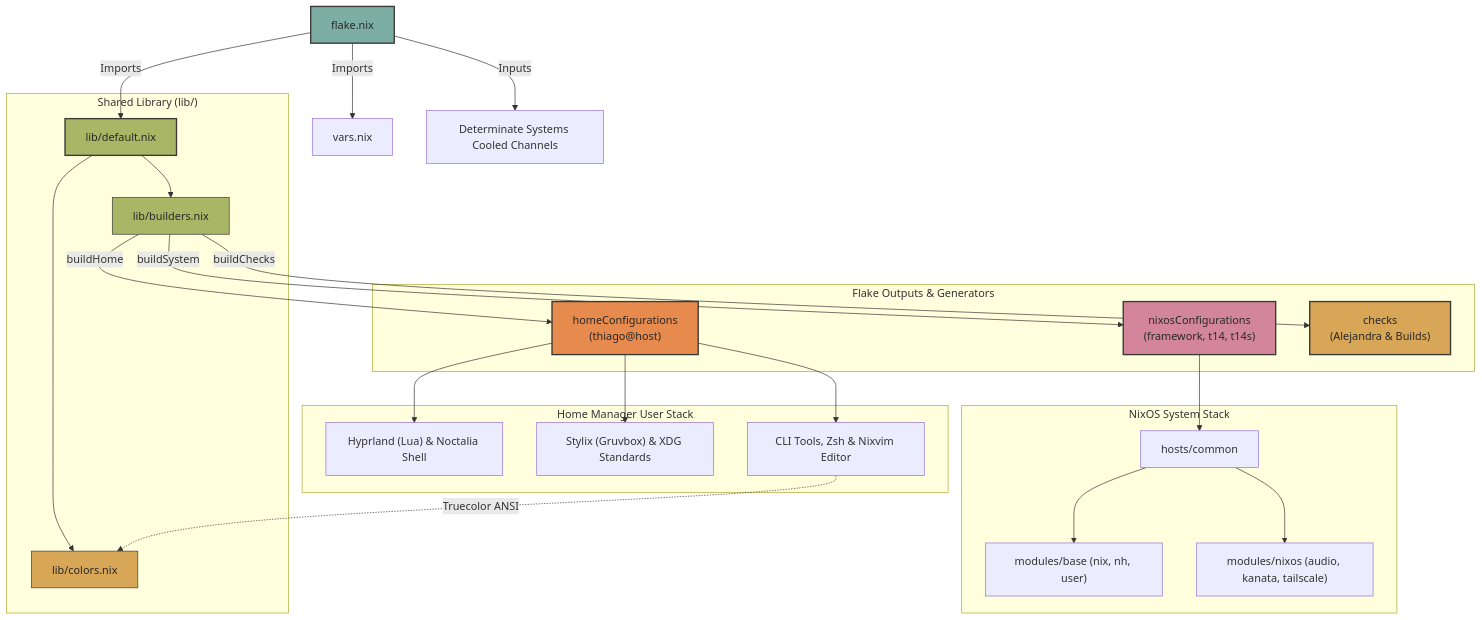
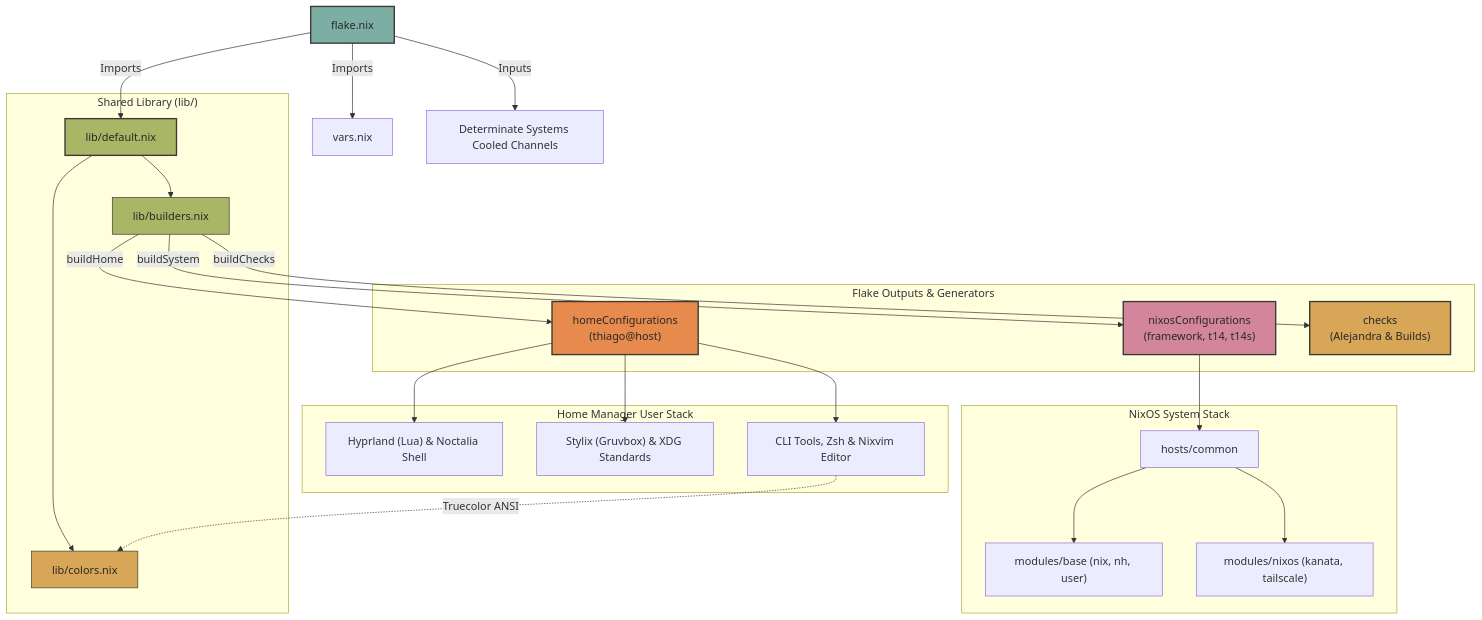
Before and after one commit to thiagokimo/nix-config: the diagram in README.md, drawn with Mermaid. The commit also changed other lines of this file and 4 other files, not shown here.

````diff
--- a/README.md
+++ b/README.md
@@ -70,38 +70,38 @@
 ```mermaid
 graph TD
     Flake["flake.nix"] -->|Imports| Vars["vars.nix"]
     Flake -->|Imports| Lib["lib/default.nix"]
     Flake -->|Inputs| DetSys["Determinate Systems Cooled Channels"]
 
     subgraph CustomLib ["Shared Library (lib/)"]
         Lib --> Builders["lib/builders.nix"]
         Lib --> Colors["lib/colors.nix"]
     end
 
     subgraph Generators ["Flake Outputs & Generators"]
         Builders -->|buildSystem| NixOS["nixosConfigurations<br/>(framework, t14, t14s)"]
         Builders -->|buildHome| HomeM["homeConfigurations<br/>(thiago@host)"]
         Builders -->|buildChecks| Checks["checks<br/>(Alejandra & Builds)"]
     end
 
     subgraph NixOSStack ["NixOS System Stack"]
         NixOS --> Common["hosts/common"]
         Common --> Base["modules/base (nix, nh, user)"]
-        Common --> Services["modules/nixos (audio, kanata, tailscale)"]
+        Common --> Services["modules/nixos (kanata, tailscale)"]
     end
 
     subgraph HMStack ["Home Manager User Stack"]
         HomeM --> Desktop["Hyprland (Lua) & Noctalia Shell"]
         HomeM --> Theming["Stylix (Gruvbox) & XDG Standards"]
         HomeM --> CLI["CLI Tools, Zsh & Nixvim Editor"]
         CLI -.->|Truecolor ANSI| Colors
     end
 
     style Flake fill:#7daea3,stroke:#3c3836,stroke-width:2px,color:#282828
     style Lib fill:#a9b665,stroke:#3c3836,stroke-width:2px,color:#282828
     style Builders fill:#a9b665,stroke:#3c3836,stroke-width:1px,color:#282828
     style Colors fill:#d8a657,stroke:#3c3836,stroke-width:1px,color:#282828
     style NixOS fill:#d3869b,stroke:#3c3836,stroke-width:2px,color:#282828
     style HomeM fill:#e78a4e,stroke:#3c3836,stroke-width:2px,color:#282828
     style Checks fill:#d8a657,stroke:#3c3836,stroke-width:2px,color:#282828
 ```
````
